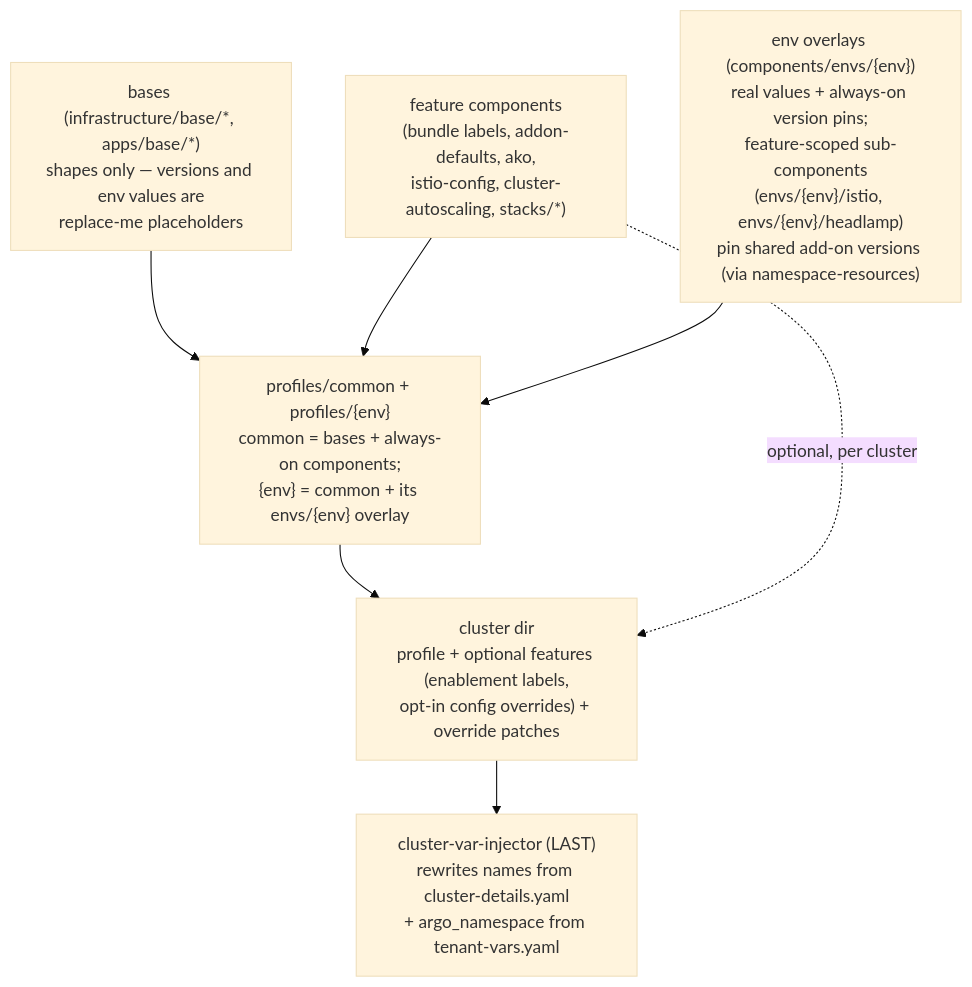
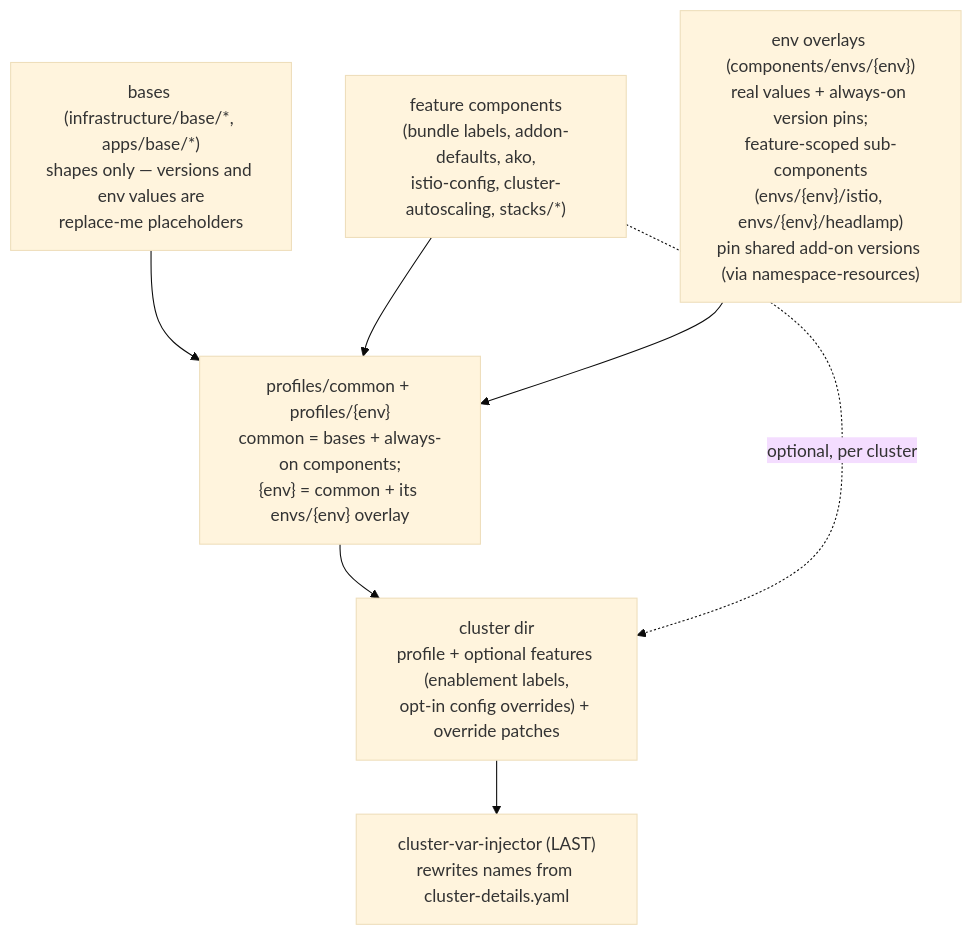
Before and after one commit to warroyo/argocd-scaffolding: the fourth of 9 diagrams in docs/ARCHITECTURE.md, drawn with Mermaid (base theme). The commit also changed 13 other files, not shown here.

First line of the commit message:
refactor: drop dead argo_namespace plumbing

````diff
--- a/docs/ARCHITECTURE.md
+++ b/docs/ARCHITECTURE.md
@@ -203,16 +203,16 @@
 ```mermaid
 flowchart TB
     bases["bases (infrastructure/base/*, apps/base/*)<br/>shapes only — versions and env values are<br/>replace-me placeholders"]
     comps["feature components<br/>(bundle labels, addon-defaults, ako,<br/>istio-config, cluster-autoscaling, stacks/*)"]
     envs["env overlays (components/envs/{env})<br/>real values + always-on version pins;<br/>feature-scoped sub-components<br/>(envs/{env}/istio, envs/{env}/headlamp)<br/>pin shared add-on versions (via namespace-resources)"]
     profile["profiles/common + profiles/{env}<br/>common = bases + always-on components;<br/>{env} = common + its envs/{env} overlay"]
     cluster["cluster dir<br/>profile + optional features (enablement labels,<br/>opt-in config overrides) + override patches"]
-    inject["cluster-var-injector (LAST)<br/>rewrites names from cluster-details.yaml<br/>+ argo_namespace from tenant-vars.yaml"]
+    inject["cluster-var-injector (LAST)<br/>rewrites names from cluster-details.yaml"]
 
     bases --> profile
     comps --> profile
     envs --> profile
     profile --> cluster
     comps -. "optional, per cluster" .-> cluster
     cluster --> inject
 ```
````
